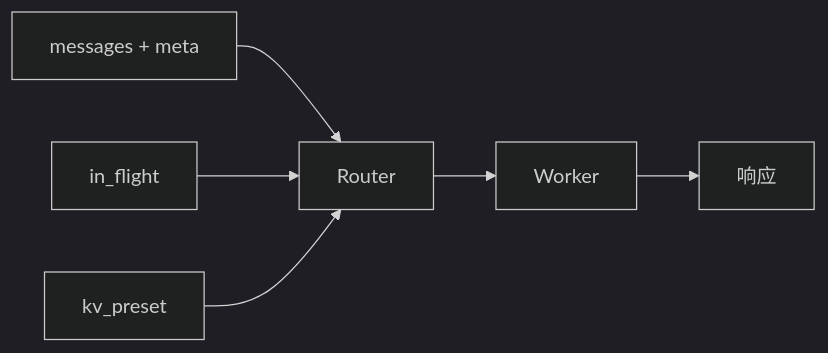
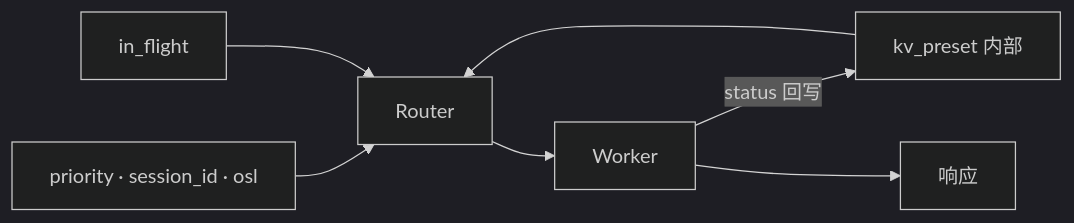
The eighth of 12 diagrams in reasoning-lb-router-design.md (heckletbot/document), drawn with Mermaid (dark theme) before and after one commit. The commit also changed other lines of this file, not shown here.

Commit message:
Update router design: interfaces and internal KV loop.

````diff
--- a/reasoning-lb-router-design.md
+++ b/reasoning-lb-router-design.md
@@ -214,8 +342,9 @@
 ```mermaid
 flowchart LR
-    IN["messages + meta"] --> R["Router"]
+    IN["priority · session_id · osl"] --> R["Router"]
     IF["in_flight"] --> R
-    KV["kv_preset"] --> R
+    KV["kv_preset 内部"] --> R
     R --> W["Worker"]
+    W -->|"status 回写"| KV
     W --> OUT["响应"]
 ```
````
